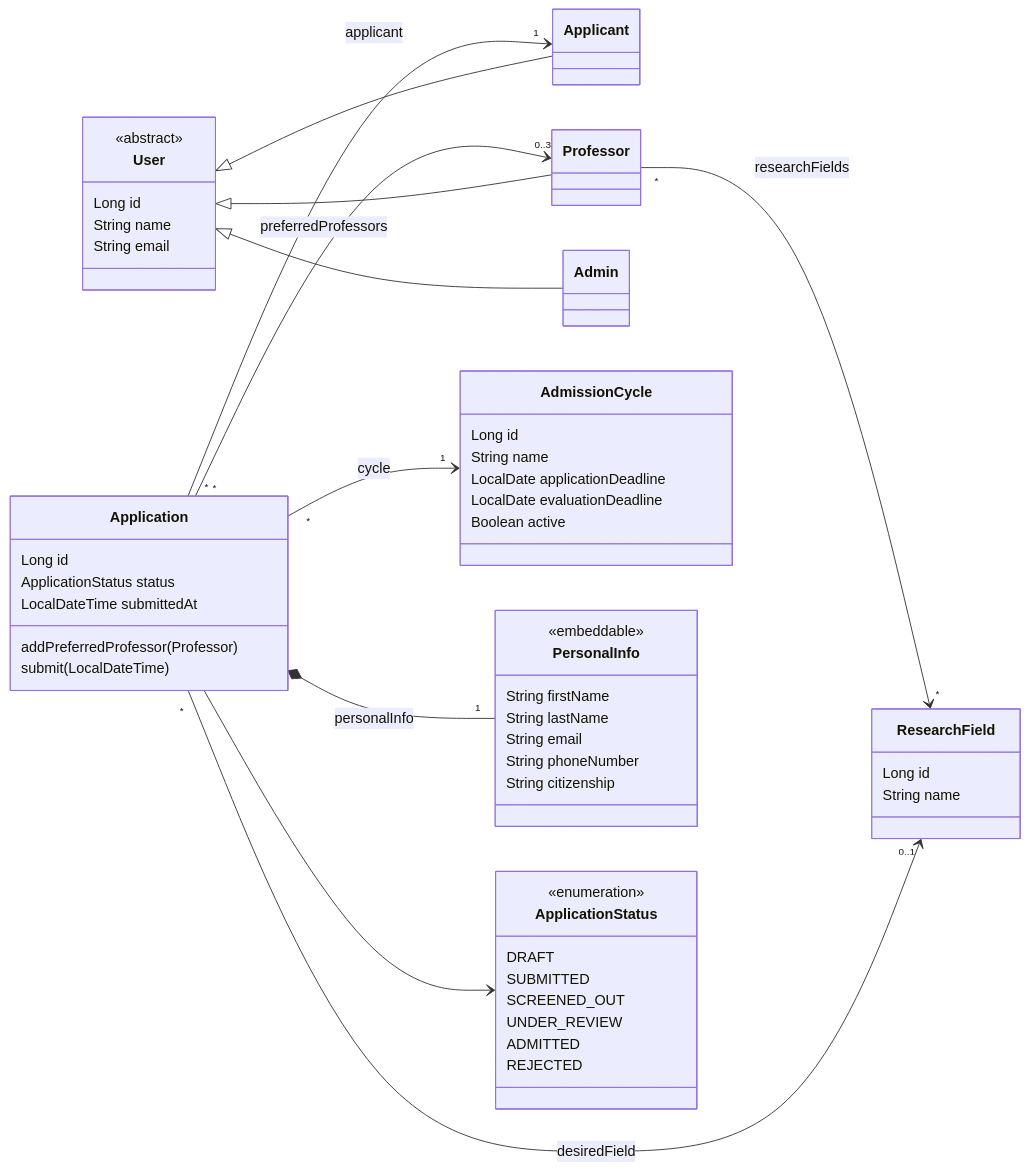
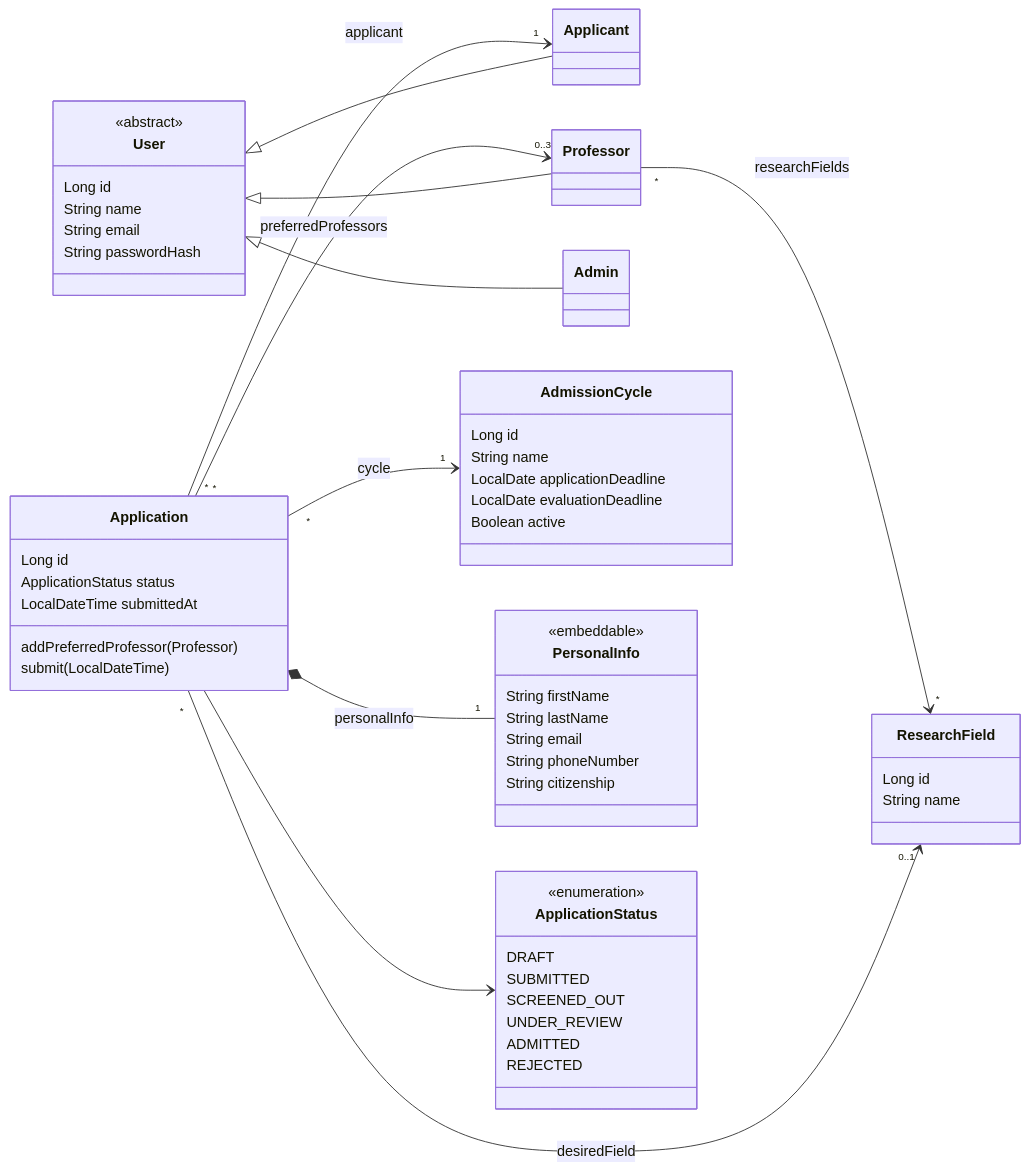
One commit to sanil04/Graduate-Admissions-Management-System changed the first of 3 diagrams in README.md. Above: the diagram before and after it, drawn with Mermaid. The commit also changed other lines of this file and 20 other files, not shown here.

````diff
--- a/README.md
+++ b/README.md
@@ -110,66 +110,67 @@
 ```mermaid
 classDiagram
     direction LR
 
     class User {
         <<abstract>>
         Long id
         String name
         String email
+        String passwordHash
     }
     class Applicant
     class Professor
     class Admin
 
     User <|-- Applicant
     User <|-- Professor
     User <|-- Admin
 
     class ResearchField {
         Long id
         String name
     }
 
     class AdmissionCycle {
         Long id
         String name
         LocalDate applicationDeadline
         LocalDate evaluationDeadline
         Boolean active
     }
 
     class Application {
         Long id
         ApplicationStatus status
         LocalDateTime submittedAt
         addPreferredProfessor(Professor)
         submit(LocalDateTime)
     }
 
     class PersonalInfo {
         <<embeddable>>
         String firstName
         String lastName
         String email
         String phoneNumber
         String citizenship
     }
 
     class ApplicationStatus {
         <<enumeration>>
         DRAFT
         SUBMITTED
         SCREENED_OUT
         UNDER_REVIEW
         ADMITTED
         REJECTED
     }
 
     Application "*" --> "1" Applicant : applicant
     Application "*" --> "1" AdmissionCycle : cycle
     Application *-- "1" PersonalInfo : personalInfo
     Application "*" --> "0..1" ResearchField : desiredField
     Application "*" --> "0..3" Professor : preferredProfessors
     Professor "*" --> "*" ResearchField : researchFields
     Application --> ApplicationStatus
 ```
````
